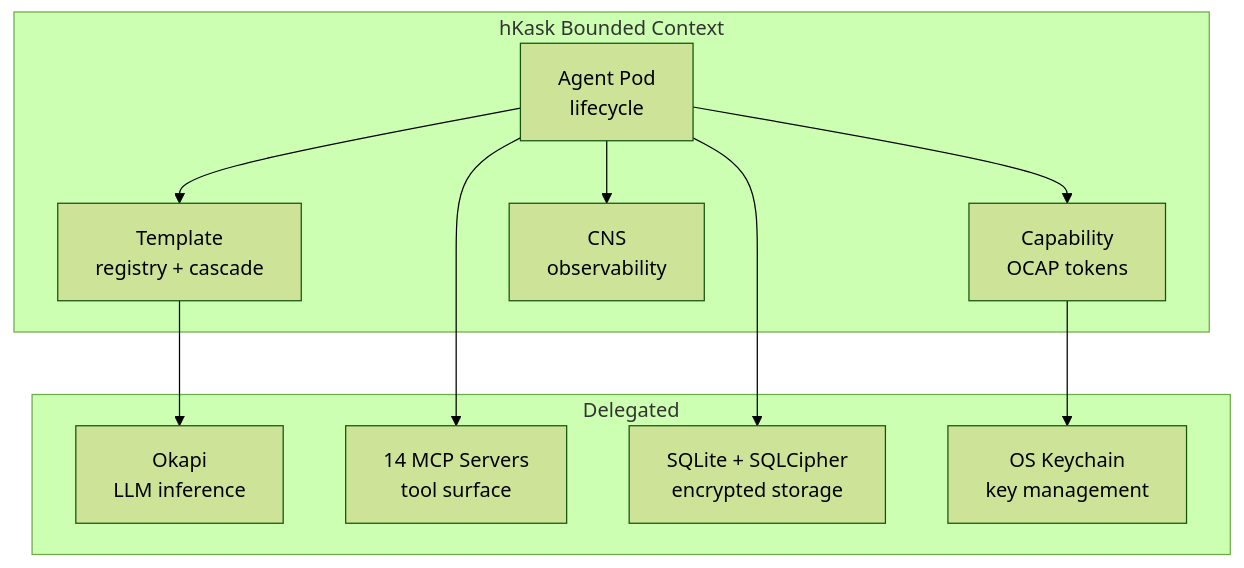
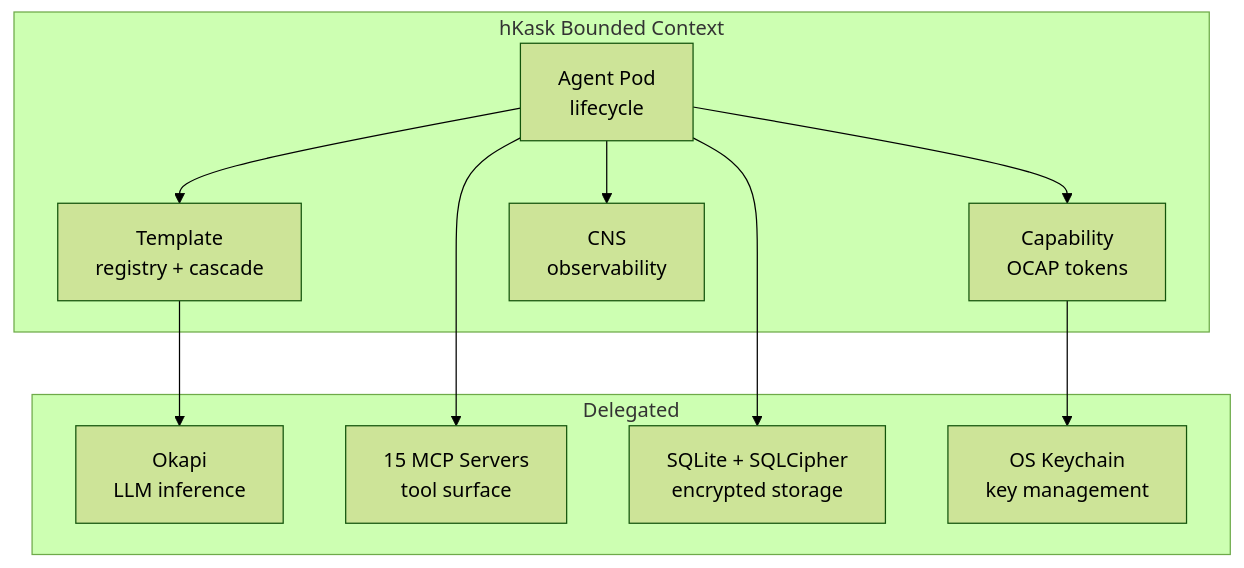
One commit to mdz-axo/hKask changed the first of 4 diagrams in docs/architecture/domain-and-capability.md. Above: the diagram before and after it, drawn with Mermaid (forest theme). The commit also changed other lines of this file and 35 other files, not shown here.

````diff
--- a/docs/architecture/domain-and-capability.md
+++ b/docs/architecture/domain-and-capability.md
@@ -37,24 +37,24 @@
 ```mermaid
 graph TD
     subgraph BoundedContext["hKask Bounded Context"]
         POD["Agent Pod<br/>lifecycle"]
         CAP["Capability<br/>OCAP tokens"]
         TPL["Template<br/>registry + cascade"]
         CNS["CNS<br/>observability"]
     end
 
     subgraph Delegated["Delegated"]
         OKAPI["Okapi<br/>LLM inference"]
-        MCP_EXT["14 MCP Servers<br/>tool surface"]
+        MCP_EXT["15 MCP Servers<br/>tool surface"]
         SQLITE["SQLite + SQLCipher<br/>encrypted storage"]
         KEYCHAIN["OS Keychain<br/>key management"]
     end
 
     POD --> CAP
     POD --> TPL
     POD --> CNS
     TPL --> OKAPI
     POD --> MCP_EXT
     POD --> SQLITE
     CAP --> KEYCHAIN
 ```
````
